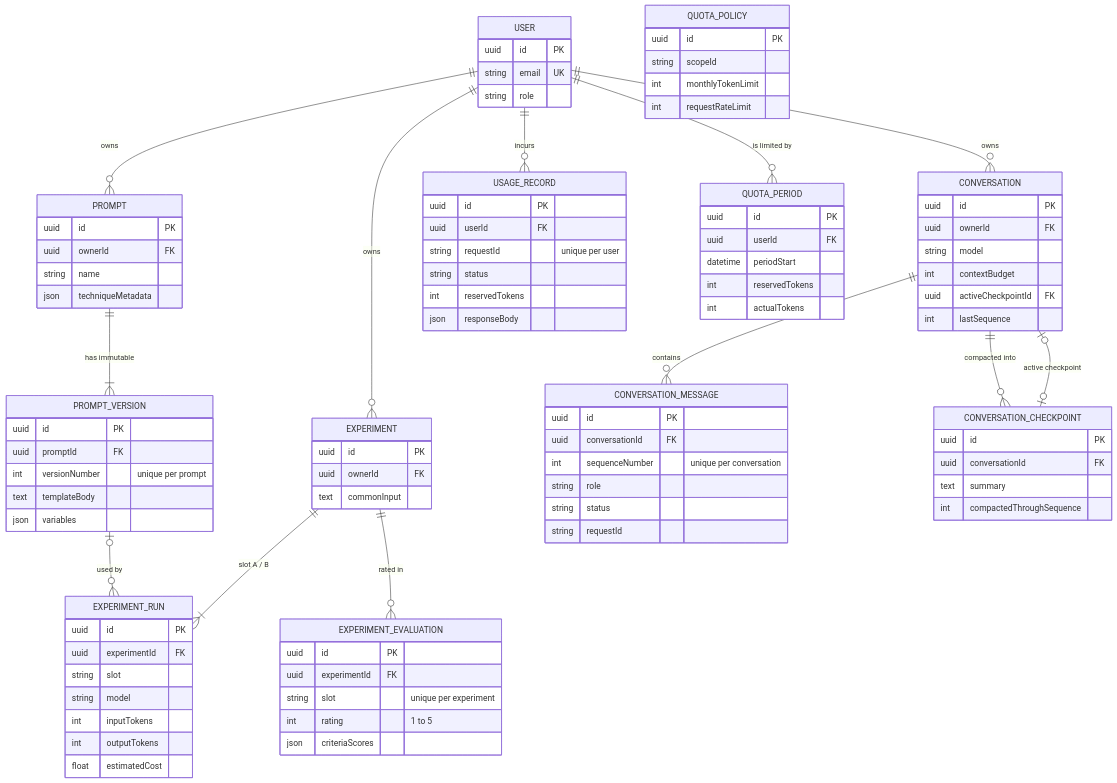
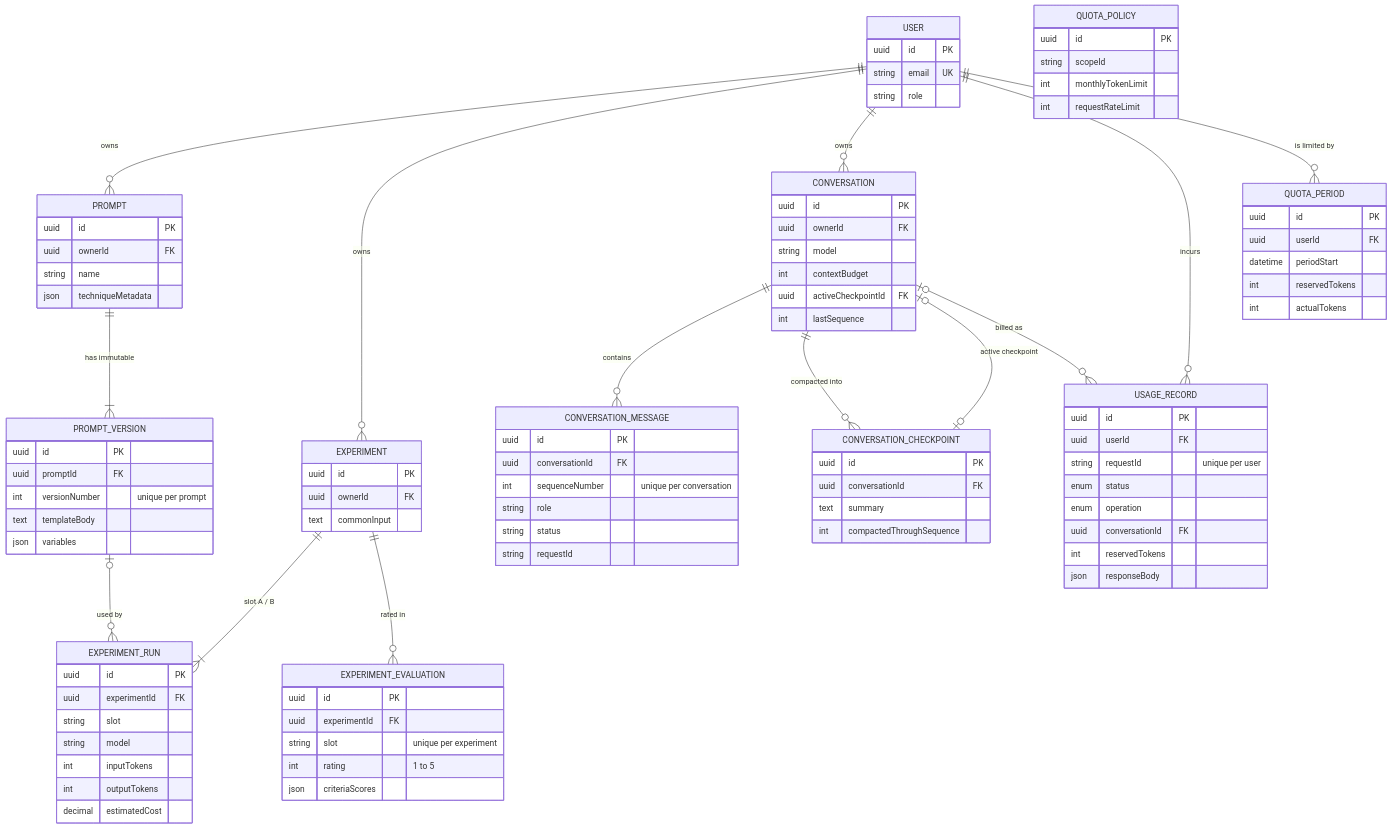
One commit to Ahmed-Maher77/PromptLab__prompt-workspace-and-llm-gateway changed the sixth of 8 diagrams in README.md. Above: the diagram before and after it, drawn with Mermaid. The commit also changed other lines of this file and 25 other files, not shown here.

Commit message:
refactor(db): enums for statuses and roles, decimal cost, JSON common input, and usage operation

```diff
--- a/README.md
+++ b/README.md
@@ -294,6 +294,7 @@
     CONVERSATION ||--o{ CONVERSATION_MESSAGE : contains
     CONVERSATION ||--o{ CONVERSATION_CHECKPOINT : "compacted into"
     CONVERSATION |o--o| CONVERSATION_CHECKPOINT : "active checkpoint"
+    CONVERSATION |o--o{ USAGE_RECORD : "billed as"
 
     USER {
         uuid id PK
@@ -325,7 +326,7 @@
         string model
         int inputTokens
         int outputTokens
-        float estimatedCost
+        decimal estimatedCost
     }
     EXPERIMENT_EVALUATION {
         uuid id PK
@@ -373,7 +374,9 @@
         uuid id PK
         uuid userId FK
         string requestId "unique per user"
-        string status
+        enum status
+        enum operation
+        uuid conversationId FK
         int reservedTokens
         json responseBody
     }
```
